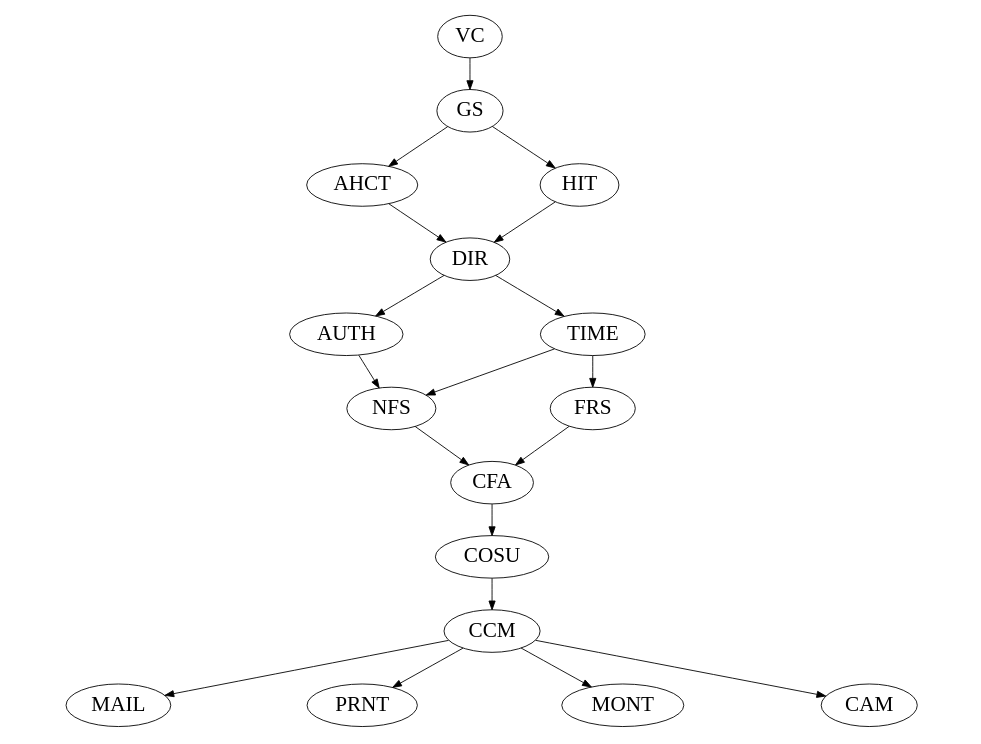
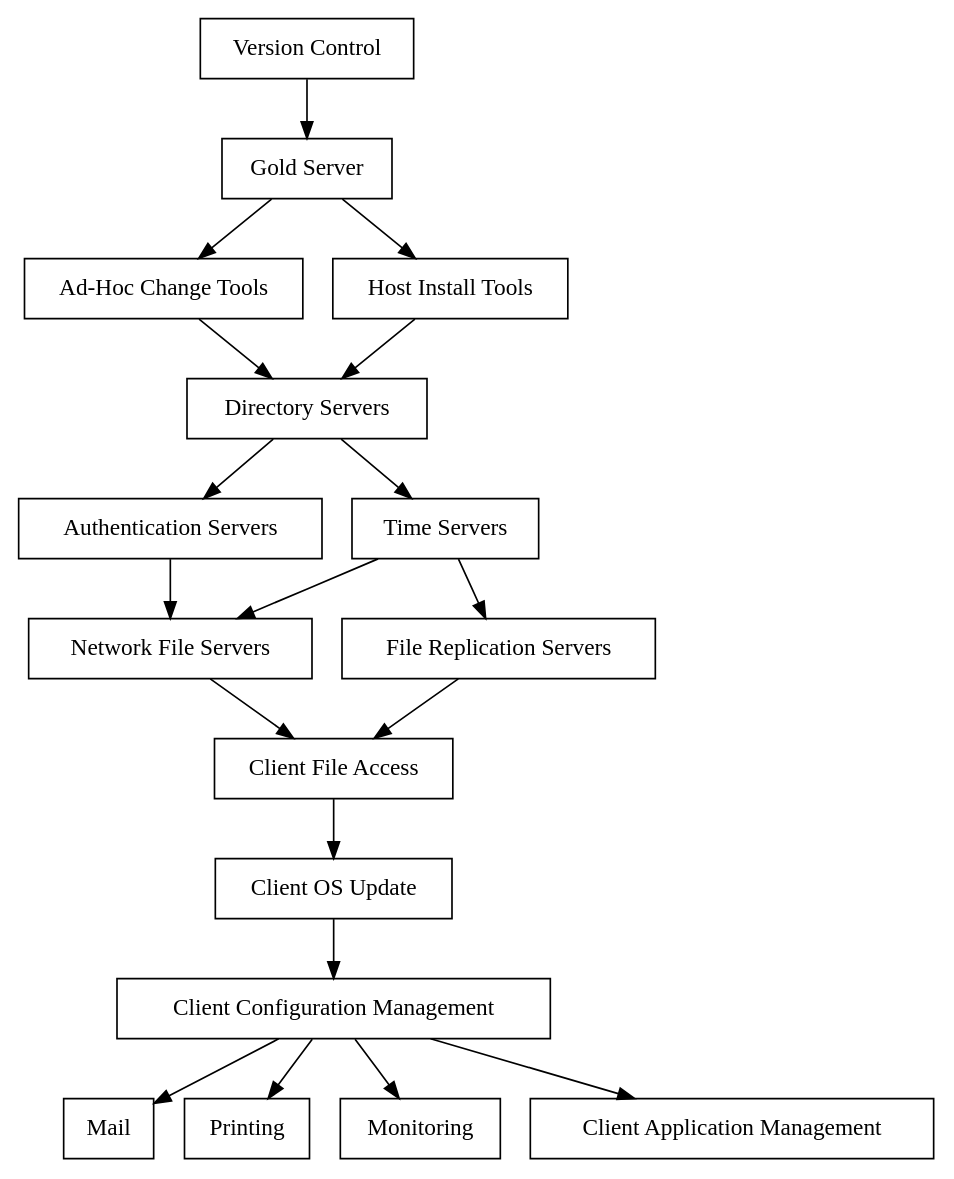
Before and after one commit to omussell/homelab: the diagram in pic/secenv.gv, drawn with Graphviz. The commit also changed 1 other file, not shown here.

```diff
--- a/pic/secenv.gv
+++ b/pic/secenv.gv
@@ -1,66 +1,38 @@
 digraph SecureInfrastructure {
-	size="8,6"; ratio=fill; node[fontsize=24];
-/*	
+
 	VC [shape=box,label="Version Control"];
 	GS [shape=box,label="Gold Server"];
 	AHCT [shape=box,label="Ad-Hoc Change Tools"];
 	HIT [shape=box,label="Host Install Tools"];
 	DIR [shape=box,label="Directory Servers"];
 	AUTH [shape=box,label="Authentication Servers"];
 	TIME [shape=box,label="Time Servers"];
 	NFS [shape=box,label="Network File Servers"];
 	FRS [shape=box,label="File Replication Servers"];
 	CFA [shape=box,label="Client File Access"];
 	COSU [shape=box,label="Client OS Update"];
 	CCM [shape=box,label="Client Configuration Management"];
 	MAIL [shape=box,label="Mail"];
 	PRNT [shape=box,label="Printing"];
 	MONT [shape=box,label="Monitoring"];
 	CAM [ shape=box,label="Client Application Management"]; 
-*/
+
 	VC -> GS;
 	GS -> AHCT;
 	GS -> HIT;
 	AHCT -> DIR;
 	HIT -> DIR;
 	DIR -> AUTH;
 	DIR -> TIME;
 	AUTH -> NFS;
 	TIME -> NFS;
 	TIME -> FRS;
 	NFS -> CFA;
 	FRS -> CFA;
 	CFA -> COSU;
 	COSU -> CCM;
 	CCM -> MAIL;
 	CCM -> PRNT;
 	CCM -> MONT;
 	CCM -> CAM;
-
-	subgraph "controlmachine" { label="Control Machine"; 
-				VC;
-				}
-	
-	subgraph "masterslave" { label="Master Slave Servers"; 
-				AHCT;
-				HIT;
-				DIR;
-				AUTH;
-				TIME;
-				}
-	
-	subgraph "filerepl" { label="File Replication Servers";
-				NFS;
-				FRS;
-				}
-
-	subgraph "clients" { label="Clients";
-				CFA;
-				COSU;
-				CCM;
-				MAIL;
-				PRNT;
-				MONT;
-				CAM;
-				}
 }
```
